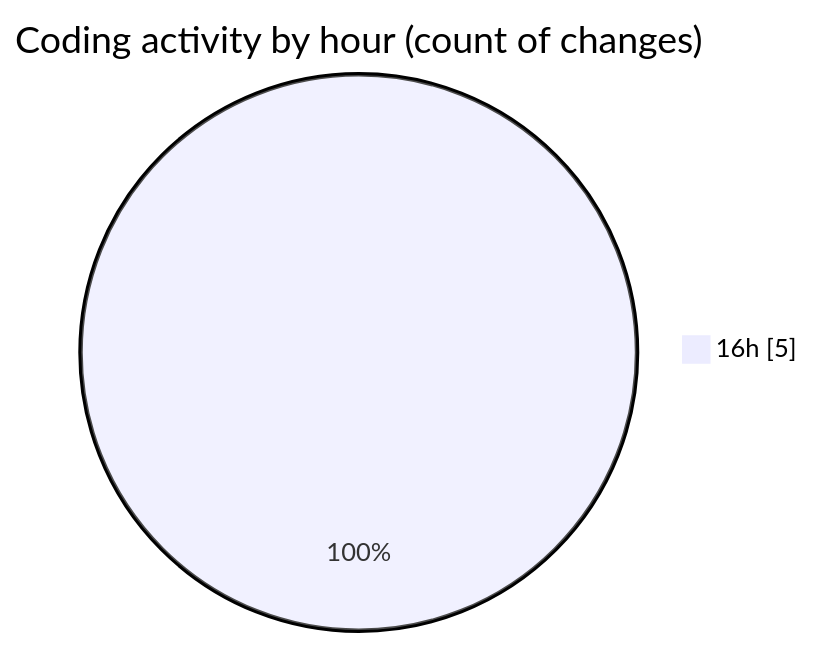
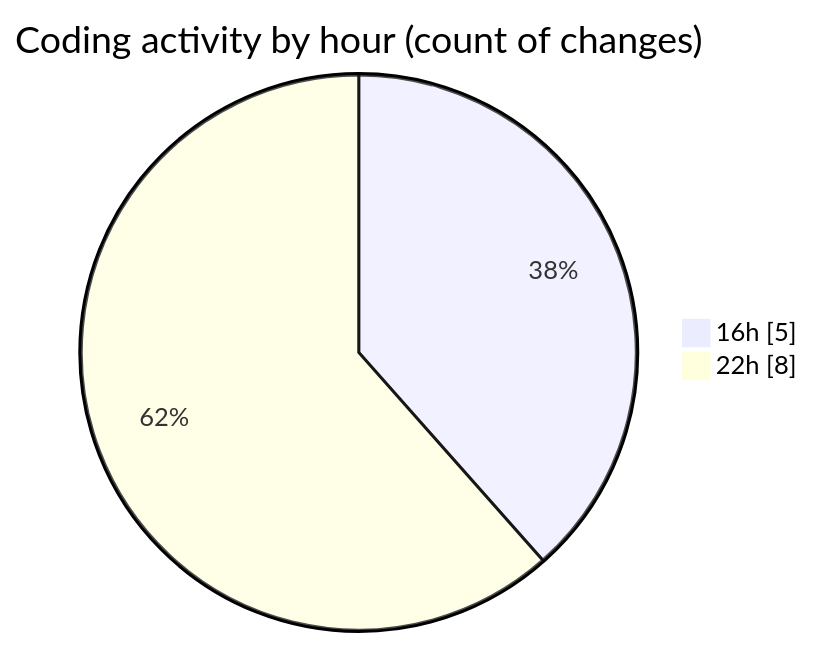
One commit to robertbonfada/code-tracking changed the second of 2 diagrams in 2025-03-18/peregrino-web/README.md. Above: the diagram before and after it, drawn with Mermaid. The commit also changed other lines of this file and 1 other file, not shown here.

````diff
--- a/2025-03-18/peregrino-web/README.md
+++ b/2025-03-18/peregrino-web/README.md
@@ -30,5 +33,6 @@
 ```mermaid
 pie showData
 title Coding activity by hour (count of changes)
 "16h" : 5
+"22h" : 8
 ```
````
